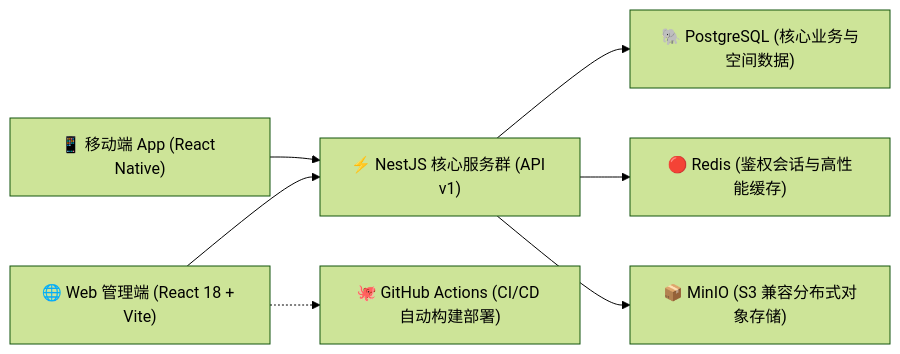
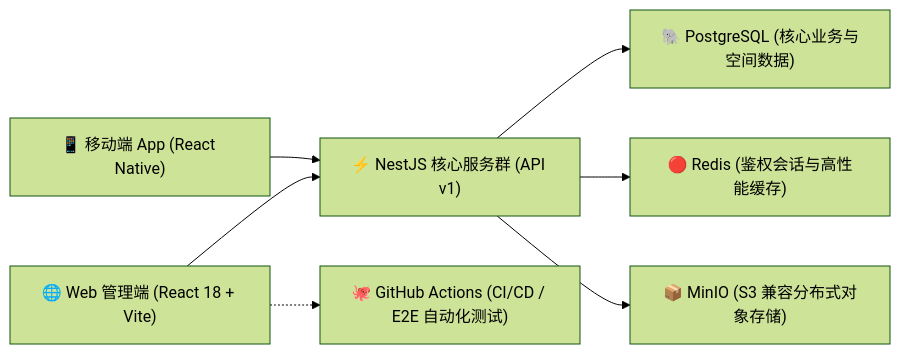
Before and after one commit to tony-wang1990/W-Light: the diagram in README.md, drawn with Mermaid (forest theme). The commit also changed other lines of this file, not shown here.

````diff
--- a/README.md
+++ b/README.md
@@ -40,11 +52,11 @@
 ```mermaid
 flowchart LR
   Web["🌐 Web 管理端 (React 18 + Vite)"] --> Api["⚡ NestJS 核心服务群 (API v1)"]
   Mobile["📱 移动端 App (React Native)"] --> Api
   
   Api --> Pg["🐘 PostgreSQL (核心业务与空间数据)"]
   Api --> Redis["🔴 Redis (鉴权会话与高性能缓存)"]
   Api --> Minio["📦 MinIO (S3 兼容分布式对象存储)"]
   
-  Web -.-> Github["🐙 GitHub Actions (CI/CD 自动构建部署)"]
+  Web -.-> Github["🐙 GitHub Actions (CI/CD / E2E 自动化测试)"]
 ```
````
